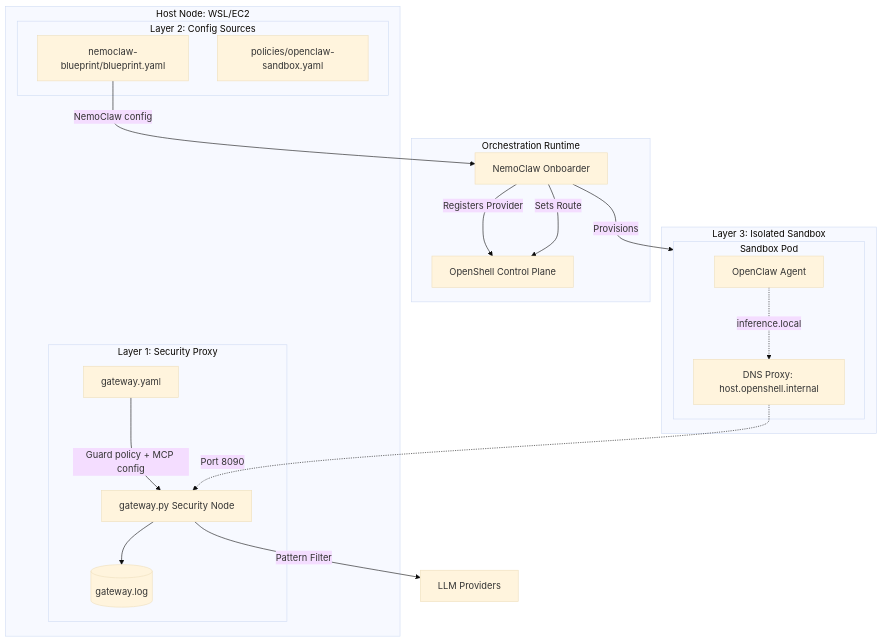
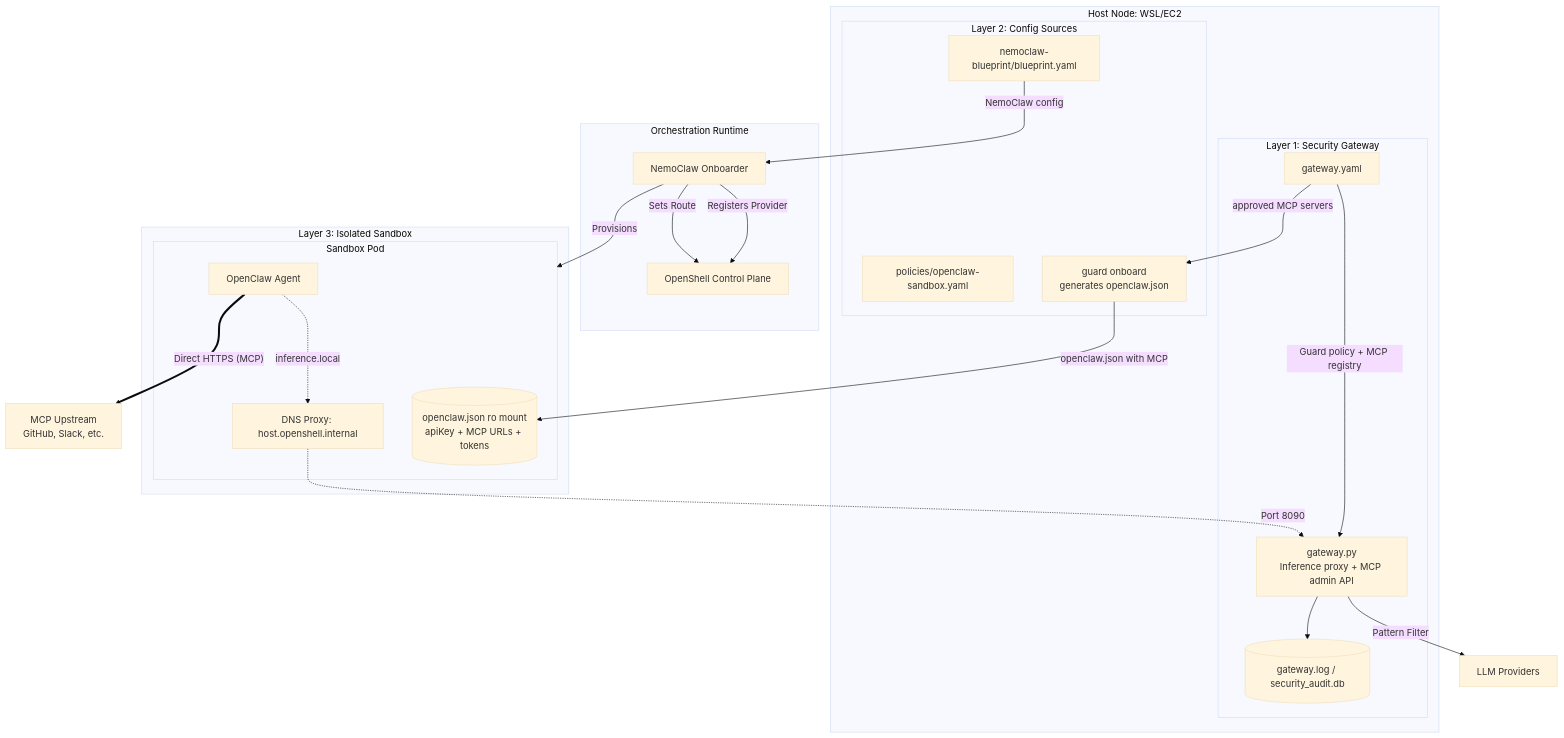
Before and after one commit to bforecast/openclaw-guard: the second of 4 diagrams in implementation_plan.md, drawn with Mermaid (base theme). The commit also changed other lines of this file and 17 other files, not shown here.

````diff
--- a/implementation_plan.md
+++ b/implementation_plan.md
@@ -60,37 +60,42 @@
 ```mermaid
 flowchart TD
     subgraph Host [Host Node: WSL/EC2]
-        subgraph Layer1 [Layer 1: Security Proxy]
-            Gate[gateway.py Security Node]
-            AuditLog[(gateway.log)]
+        subgraph Layer1 [Layer 1: Security Gateway]
+            Gate[gateway.py\nInference proxy + MCP admin API]
+            AuditLog[(gateway.log / security_audit.db)]
             GwCfg[gateway.yaml]
         end
         subgraph Layer2 [Layer 2: Config Sources]
             BP[nemoclaw-blueprint/blueprint.yaml]
             PolicyBP[policies/openclaw-sandbox.yaml]
+            Onboard[guard onboard\ngenerates openclaw.json]
         end
     end
 
     subgraph Runtime [Orchestration Runtime]
         Nemo[NemoClaw Onboarder]
         OShell[OpenShell Control Plane]
     end
 
     subgraph Layer3 [Layer 3: Isolated Sandbox]
         subgraph SB [Sandbox Pod]
             OC[OpenClaw Agent]
+            OCJson[(openclaw.json ro mount\napiKey + MCP URLs + tokens)]
             DNS[DNS Proxy: host.openshell.internal]
         end
     end
 
     BP -->|NemoClaw config| Nemo
-    GwCfg -->|Guard policy + MCP config| Gate
+    GwCfg -->|Guard policy + MCP registry| Gate
+    GwCfg -->|approved MCP servers| Onboard
+    Onboard -->|openclaw.json with MCP| OCJson
     Nemo -->|Registers Provider| OShell
     Nemo -->|Sets Route| OShell
     Nemo -->|Provisions| SB
     
     OC -.->|inference.local| DNS
     DNS -.->|Port 8090| Gate
     Gate -->|Pattern Filter| External[LLM Providers]
     Gate --> AuditLog
+    OC ==>|"Direct HTTPS (MCP)"| MCPUpstream[MCP Upstream\nGitHub, Slack, etc.]
 ```
````
